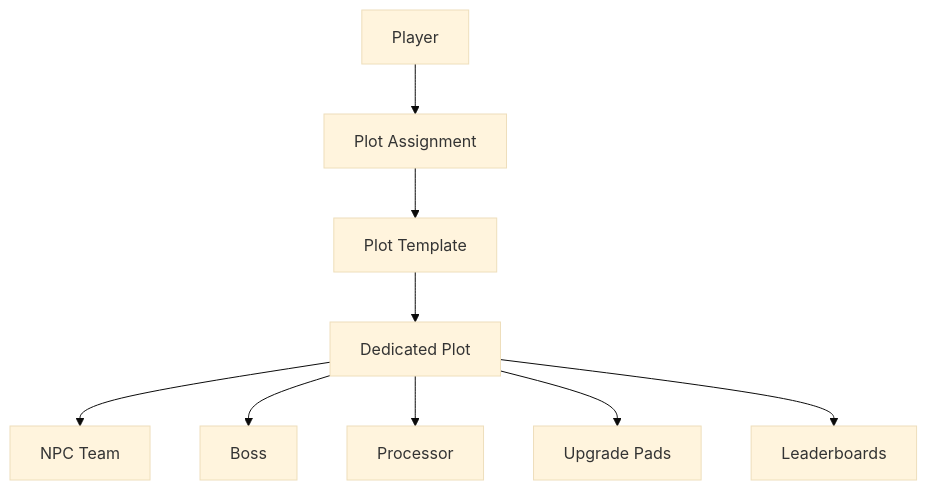
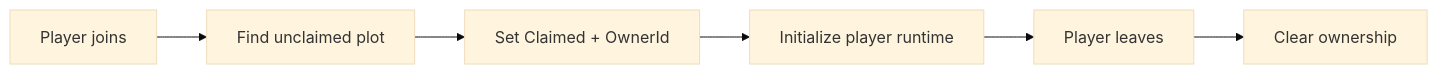
One commit to Pval-Dev/Idle-Boss-Fighters changed the diagram in docs/plot-system.md. Above: the diagram before and after it, drawn with Mermaid (base theme). The commit also changed other lines of this file and 8 other files, not shown here.

````diff
--- a/docs/plot-system.md
+++ b/docs/plot-system.md
@@ -11,37 +11,8 @@
 ```mermaid
-flowchart TD
-
-Player["Player"]
-
-Assignment["Plot Assignment"]
-
-Template["Plot Template"]
-
-Plot["Dedicated Plot"]
-
-NPCs["NPC Team"]
-
-Boss["Boss"]
-
-Processor["Processor"]
-
-Pads["Upgrade Pads"]
-
-Leaderboards["Leaderboards"]
-
-Player --> Assignment
-
-Assignment --> Template
-
-Template --> Plot
-
-Plot --> NPCs
-
-Plot --> Boss
-
-Plot --> Processor
-
-Plot --> Pads
-
-Plot --> Leaderboards
+flowchart LR
+    Join["Player joins"] --> Find["Find unclaimed plot"]
+    Find --> Claim["Set Claimed + OwnerId"]
+    Claim --> Runtime["Initialize player runtime"]
+    Runtime --> Release["Player leaves"]
+    Release --> Free["Clear ownership"]
 ```
````
